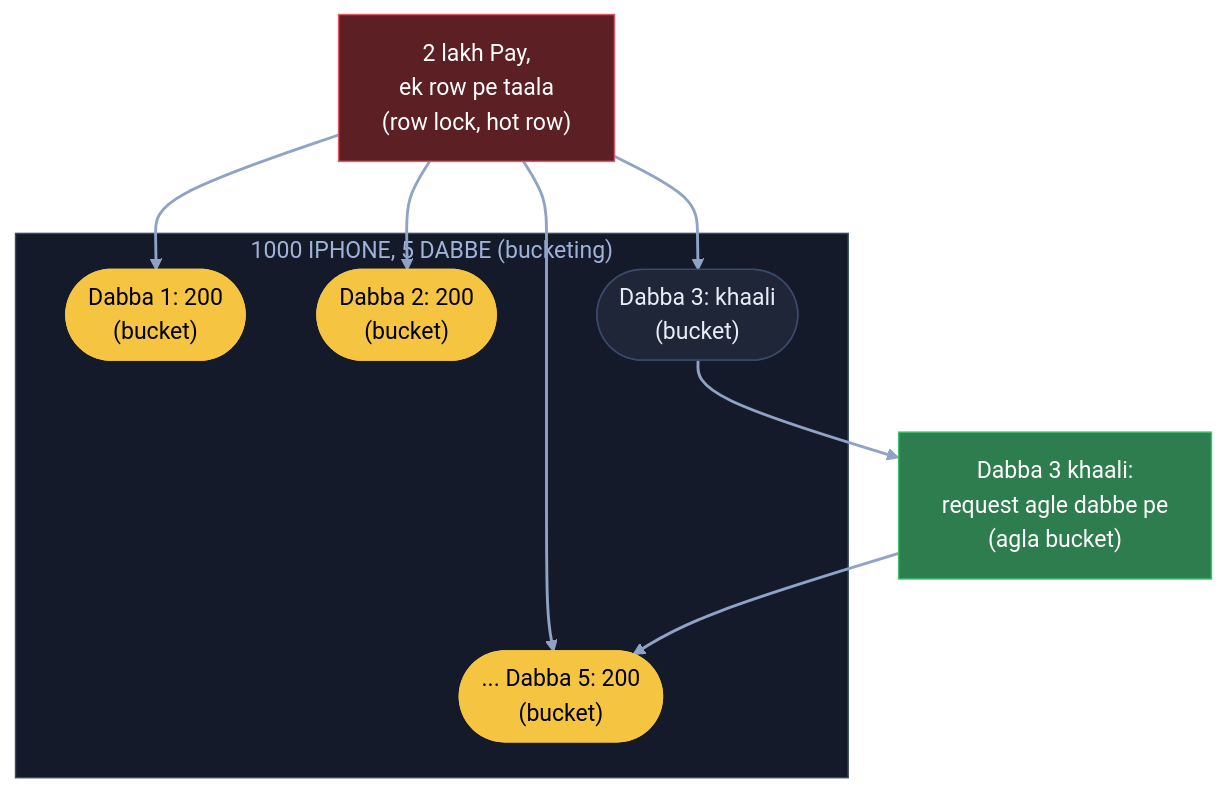
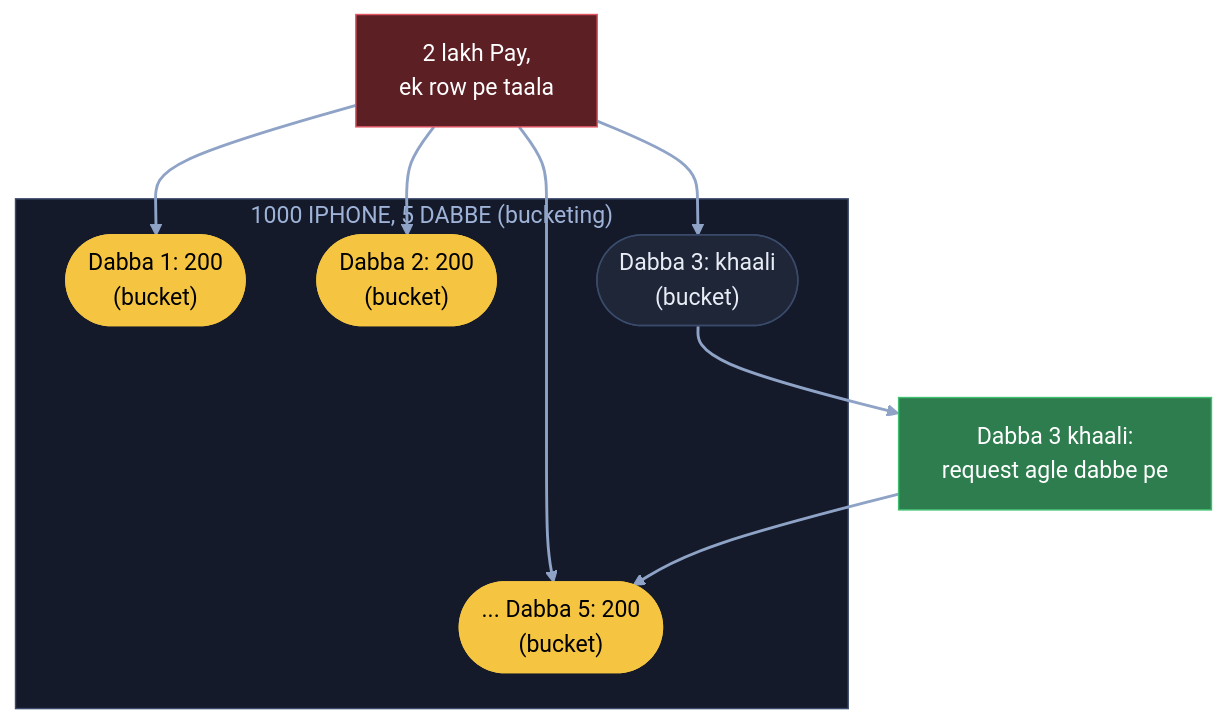
The second of 8 diagrams in 04_HLD/SYSTEM_DESIGNS/21_inventory_system/21_inventory_system.md (ArpanMaheshwari144/Prep), drawn with Mermaid before and after one commit. The commit also changed 20 other files, not shown here.

Commit message:
Diagram: sirf hand notes wale naam rahe (66 apne joda naam hataye); README 22-Nov tak update

````diff
--- a/04_HLD/SYSTEM_DESIGNS/21_inventory_system/21_inventory_system.md
+++ b/04_HLD/SYSTEM_DESIGNS/21_inventory_system/21_inventory_system.md
@@ -129,23 +129,23 @@
 ```mermaid
 flowchart TB
-    X["2 lakh Pay,<br/>ek row pe taala<br/>(row lock, hot row)"]:::bad
+    X["2 lakh Pay,<br/>ek row pe taala"]:::bad
     subgraph BK["1000 IPHONE, 5 DABBE (bucketing)"]
         B1(["Dabba 1: 200<br/>(bucket)"]):::pill
         B2(["Dabba 2: 200<br/>(bucket)"]):::pill
         B3(["Dabba 3: khaali<br/>(bucket)"]):::card
         B5(["... Dabba 5: 200<br/>(bucket)"]):::pill
     end
-    M["Dabba 3 khaali:<br/>request agle dabbe pe<br/>(agla bucket)"]:::good
+    M["Dabba 3 khaali:<br/>request agle dabbe pe"]:::good
     X --> B1
     X --> B2
     X --> B3
     X --> B5
     B3 --> M
     M --> B5
     linkStyle default stroke:#8fa3c7,stroke-width:2px
     classDef card fill:#1e2638,stroke:#3a4a6b,color:#e8ecf5
     classDef pill fill:#f5c542,stroke:#f5c542,color:#000
     classDef good fill:#2e7d4f,stroke:#3fbf6f,color:#fff
     classDef bad fill:#5c1f24,stroke:#e05561,color:#fff
     style BK fill:#141a29,stroke:#3a4a6b,color:#9fb3d9
 ```
````
